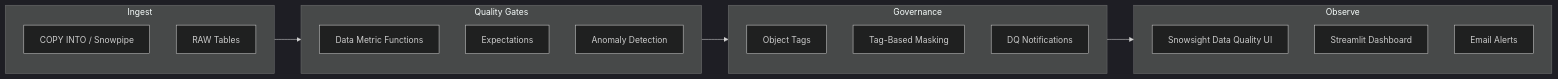
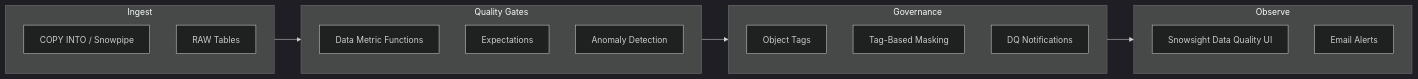
One commit to sfc-gh-miwhitaker/sfe-public changed the diagram in guide-data-quality-governance/README.md. Above: the diagram before and after it, drawn with Mermaid (dark theme). The commit also changed other lines of this file and 44 other files, not shown here.

````diff
--- a/guide-data-quality-governance/README.md
+++ b/guide-data-quality-governance/README.md
@@ -13,27 +31,26 @@
 ```mermaid
 flowchart LR
   subgraph ingest [Ingest]
     LoadData[COPY INTO / Snowpipe]
     RawTable[RAW Tables]
   end
 
   subgraph quality [Quality Gates]
     DMF[Data Metric Functions]
     Expectations[Expectations]
     AnomalyDetect[Anomaly Detection]
   end
 
   subgraph govern [Governance]
     Tags[Object Tags]
     Masking[Tag-Based Masking]
     Notifications[DQ Notifications]
   end
 
   subgraph observe [Observe]
     DQMonitor[Snowsight Data Quality UI]
-    Streamlit[Streamlit Dashboard]
     Alerts[Email Alerts]
   end
 
   ingest --> quality --> govern --> observe
 ```
````
